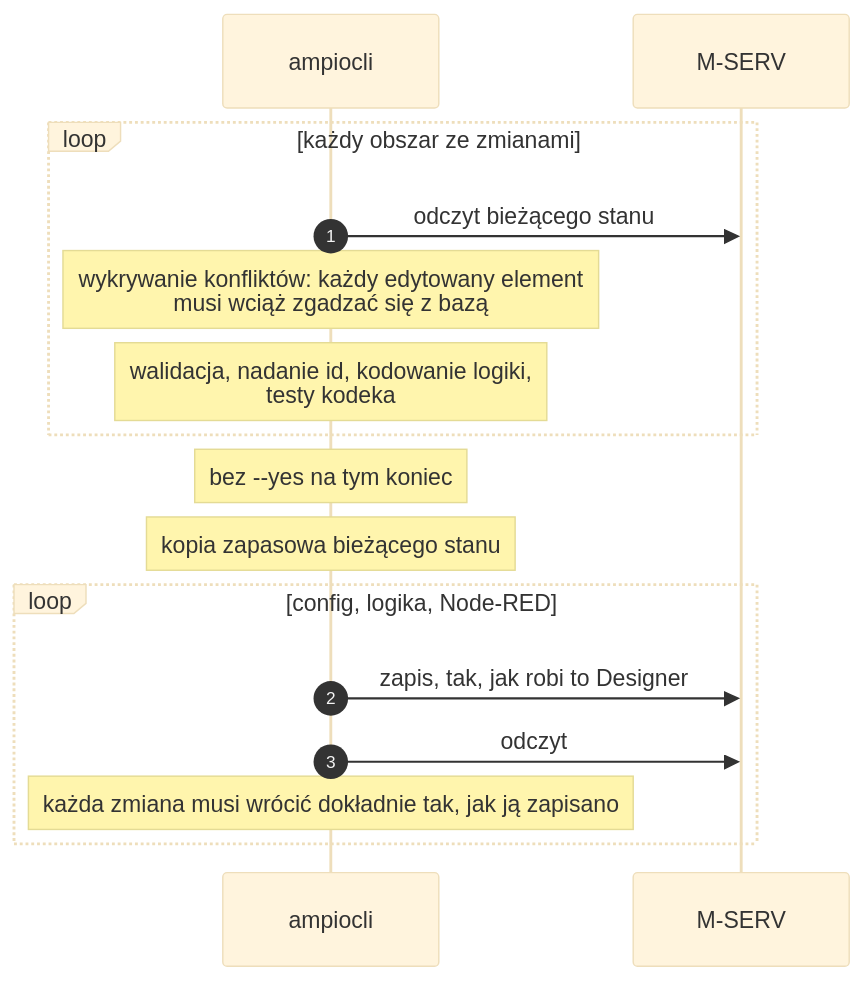
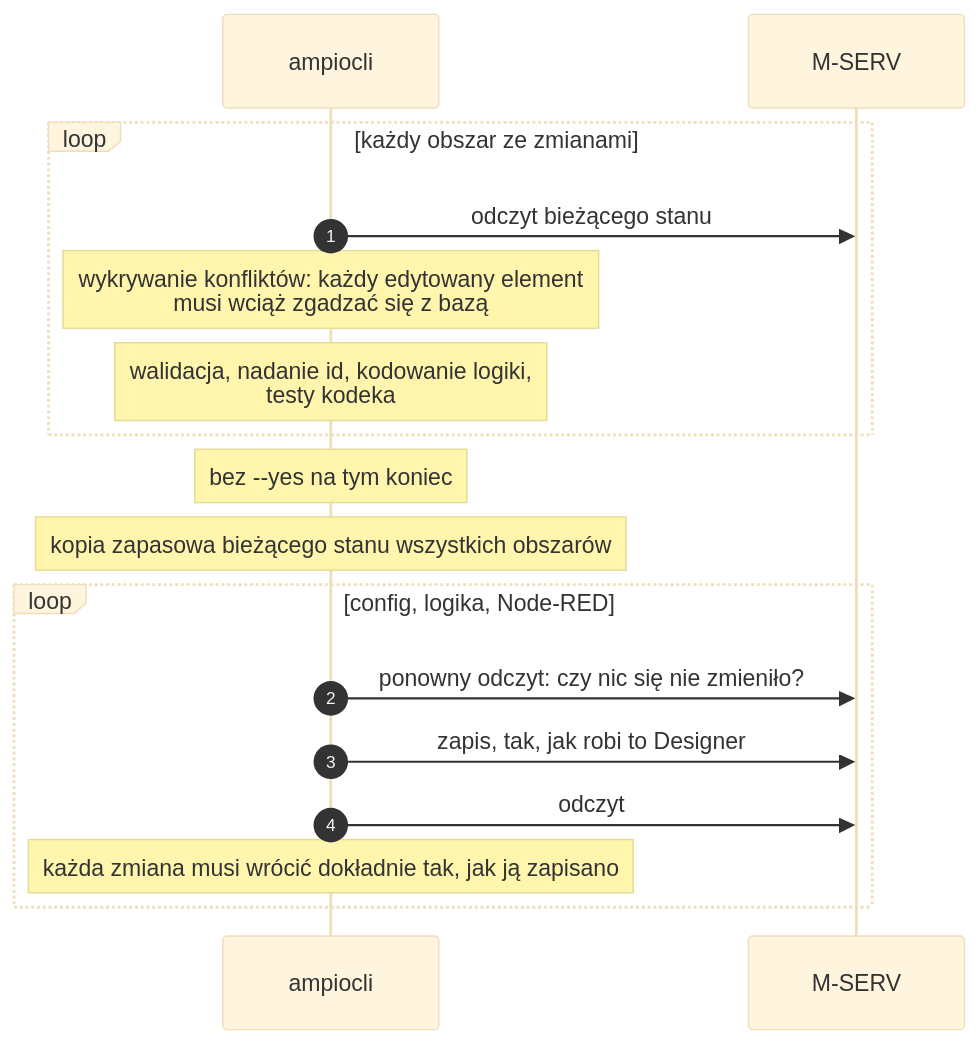
The second of 3 diagrams in README.pl.md (daisied/ampiocli), drawn with Mermaid (base theme) before and after one commit. The commit also changed other lines of this file and 27 other files, not shown here.

````diff
--- a/README.pl.md
+++ b/README.pl.md
@@ -84,18 +87,19 @@
 ```mermaid
 sequenceDiagram
   autonumber
   participant cli as ampiocli
   participant m as M-SERV
   loop każdy obszar ze zmianami
     cli->>m: odczyt bieżącego stanu
     Note over cli: wykrywanie konfliktów: każdy edytowany element<br/>musi wciąż zgadzać się z bazą
     Note over cli: walidacja, nadanie id, kodowanie logiki,<br/>testy kodeka
   end
   Note over cli: bez --yes na tym koniec
-  Note over cli: kopia zapasowa bieżącego stanu
+  Note over cli: kopia zapasowa bieżącego stanu wszystkich obszarów
   loop config, logika, Node-RED
+    cli->>m: ponowny odczyt: czy nic się nie zmieniło?
     cli->>m: zapis, tak, jak robi to Designer
     cli->>m: odczyt
     Note over cli: każda zmiana musi wrócić dokładnie tak, jak ją zapisano
   end
 ```
````
